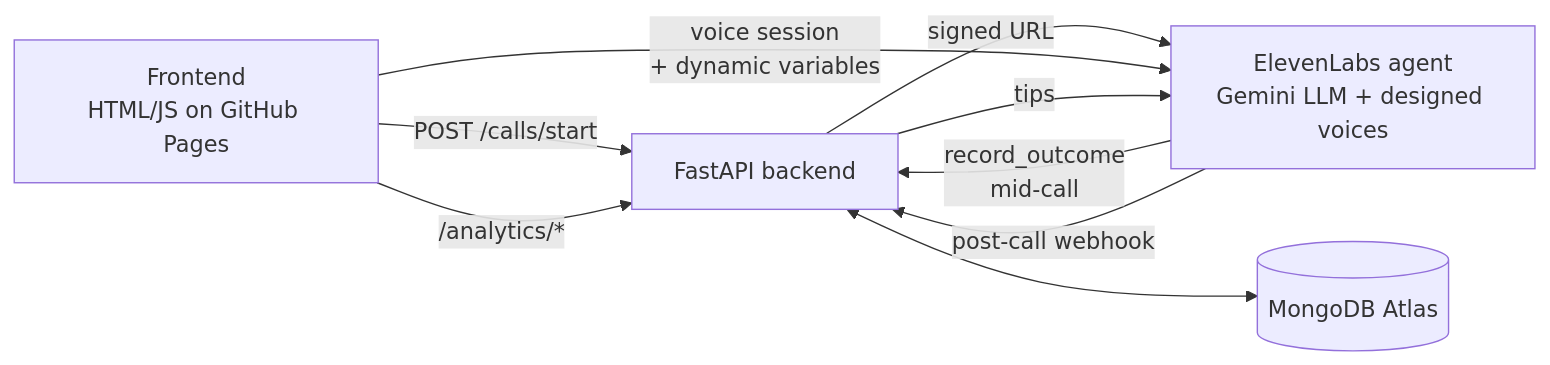
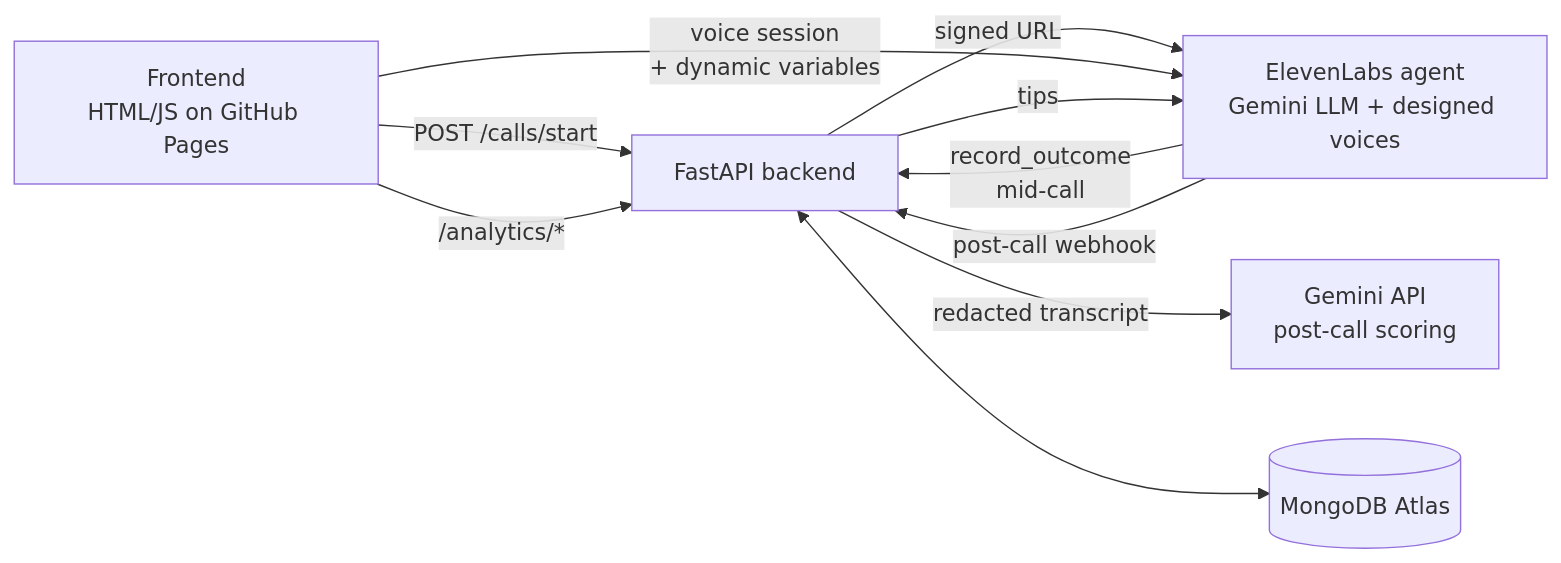
Before and after one commit to PhonyBusiness/PhonyBusiness: the second of 2 diagrams in README.md, drawn with Mermaid. The commit also changed other lines of this file, not shown here.

Commit message:
docs(readme): describe Gemini post-call scoring and redaction

````diff
--- a/README.md
+++ b/README.md
@@ -111,11 +113,12 @@
 ```mermaid
 flowchart LR
   FE[Frontend<br/>HTML/JS on GitHub Pages] -->|POST /calls/start| BE[FastAPI backend]
   BE -->|signed URL| EL[ElevenLabs agent<br/>Gemini LLM + designed voices]
   FE -->|voice session<br/>+ dynamic variables| EL
   EL -->|record_outcome<br/>mid-call| BE
   BE -->|tips| EL
   EL -->|post-call webhook| BE
+  BE -->|redacted transcript| GM[Gemini API<br/>post-call scoring]
   BE <--> DB[(MongoDB Atlas)]
   FE -->|/analytics/*| BE
 ```
````
